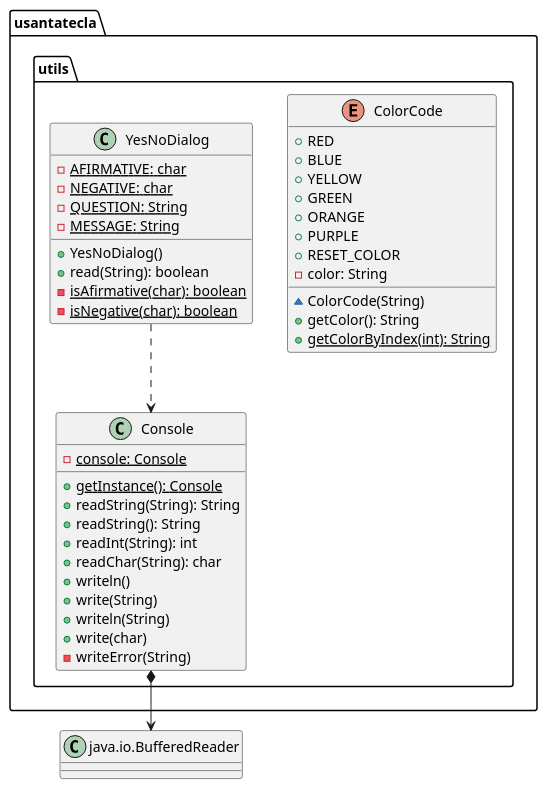
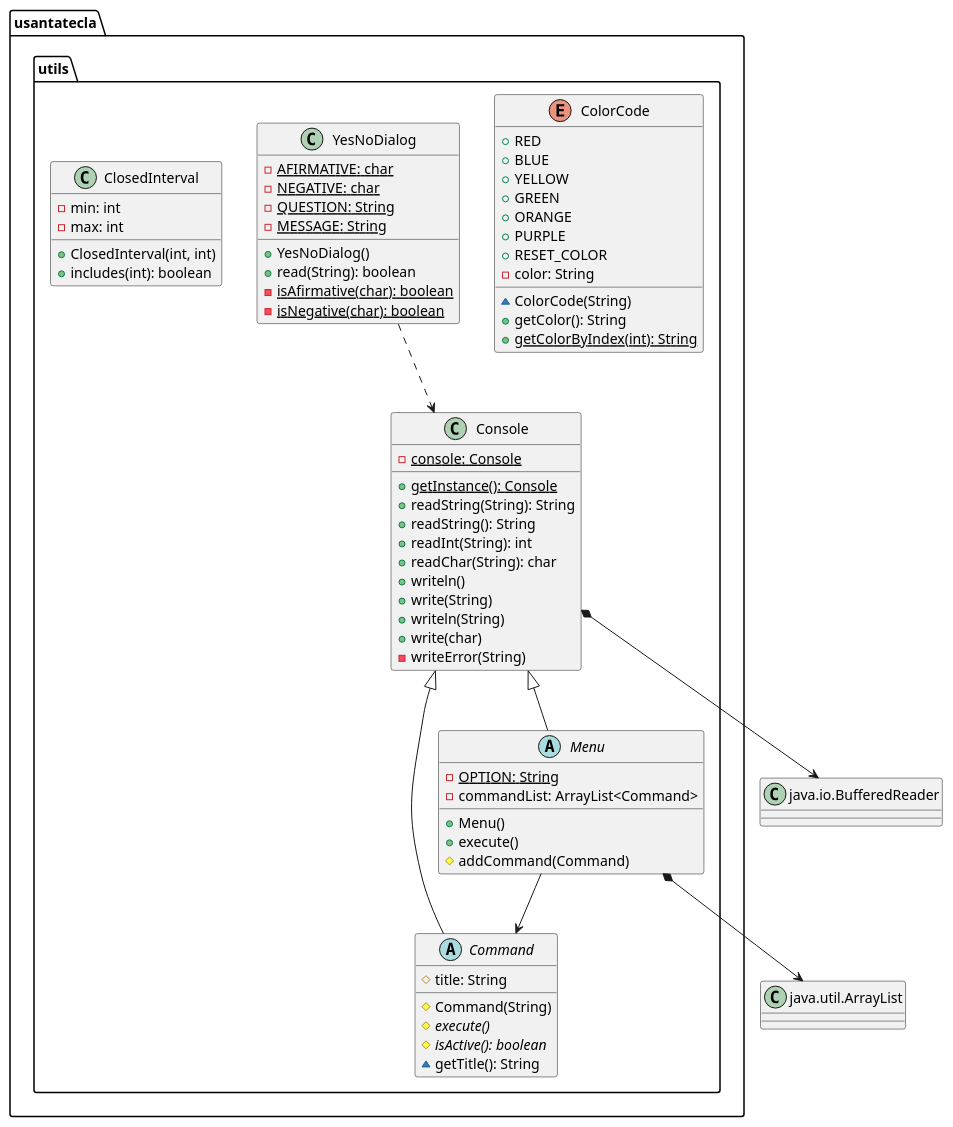
The fifth of 5 diagrams in modelViewPresenter/presentationModel/withComposite/docs/diagrams/src/paquetes.plantuml (SantaTecla-mastermind/solution.java.swing.socket.sql), drawn with PlantUML before and after one commit. The commit also changed other lines of this file and 6 other files, not shown here.

Commit message:
Diagramas terminados MVP WithComposite

```diff
--- a/modelViewPresenter/presentationModel/withComposite/docs/diagrams/src/paquetes.plantuml
+++ b/modelViewPresenter/presentationModel/withComposite/docs/diagrams/src/paquetes.plantuml
@@ -383,44 +524,71 @@
 @startuml usantatecla.utils
 class BufferedReader as "java.io.BufferedReader"{}
-
+class ArrayList as "java.util.ArrayList"{}
 enum usantatecla.utils.ColorCode{
 + RED
 + BLUE
 + YELLOW
 + GREEN
 + ORANGE
 + PURPLE
 + RESET_COLOR
 - color: String
 ~ ColorCode(String)
 + getColor(): String
 + {static} getColorByIndex(int): String
 }
 
 class usantatecla.utils.Console{
 - {static} console: Console
 + {static} getInstance(): Console
 + readString(String): String
 + readString(): String
 + readInt(String): int
 + readChar(String): char
 + writeln()
 + write(String)
 + writeln(String)
 + write(char)
 - writeError(String)
 }
 usantatecla.utils.Console *-down-> BufferedReader
 
 class  usantatecla.utils.YesNoDialog{
 - {static} AFIRMATIVE: char
 - {static} NEGATIVE: char
 - {static} QUESTION: String
 - {static} MESSAGE: String
 + YesNoDialog()
 + read(String): boolean
 - {static} isAfirmative(char): boolean
 - {static} isNegative(char): boolean
 }
 usantatecla.utils.YesNoDialog ..> usantatecla.utils.Console
+
+class  usantatecla.utils.ClosedInterval{
+- min: int
+- max: int
++ ClosedInterval(int, int)
++ includes(int): boolean
+}
+
+abstract  usantatecla.utils.Command{
+# title: String
+# Command(String)
+# {abstract} execute()
+# {abstract} isActive(): boolean
+~ getTitle(): String
+}
+usantatecla.utils.Console <|-down- usantatecla.utils.Command
+
+abstract  usantatecla.utils.Menu{
+- {static} OPTION: String
+- commandList: ArrayList<Command>
++ Menu()
++ execute()
+# addCommand(Command)
+}
+usantatecla.utils.Console <|-down- usantatecla.utils.Menu
+usantatecla.utils.Menu *-down-> ArrayList
+usantatecla.utils.Menu --> usantatecla.utils.Command
 @enduml
```
